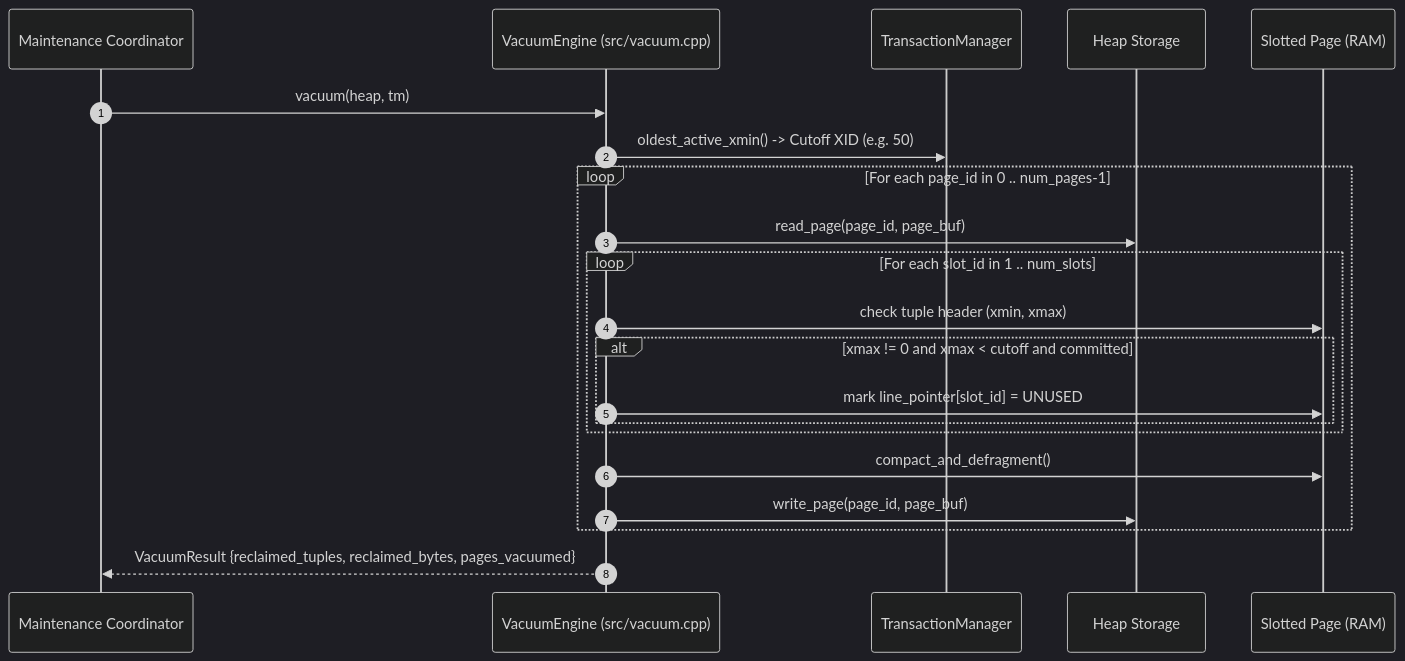
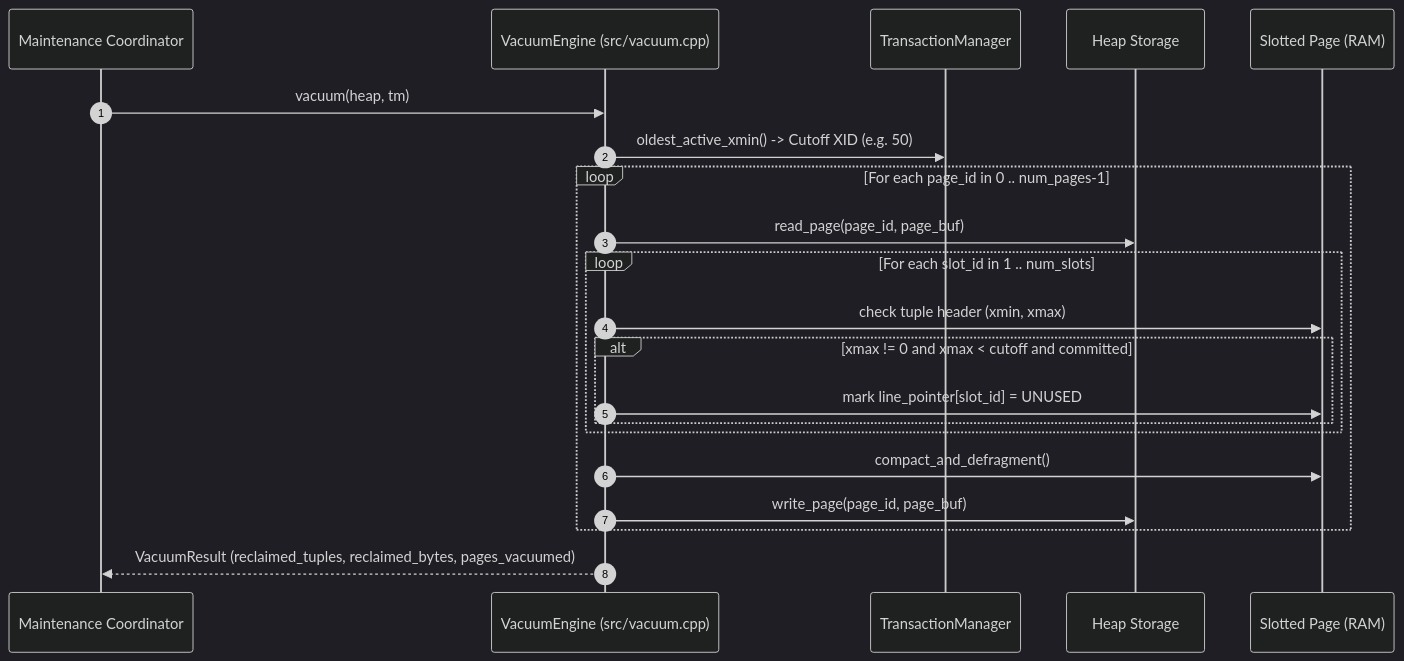
The second of 2 diagrams in notes/atlas/05-vacuum-engine.md (Nimastic/cpp-postgres), drawn with Mermaid (dark theme) before and after one commit. The commit also changed other lines of this file and 16 other files, not shown here.

First line of the commit message:
fix(atlas): resolve all Mermaid diagram and LaTeX syntax parsing errors

````diff
--- a/notes/atlas/05-vacuum-engine.md
+++ b/notes/atlas/05-vacuum-engine.md
@@ -36,24 +36,24 @@
 ```mermaid
 sequenceDiagram
     autonumber
     participant Admin as Maintenance Coordinator
     participant Vac as VacuumEngine (src/vacuum.cpp)
     participant TM as TransactionManager
     participant Heap as Heap Storage
     participant Page as Slotted Page (RAM)
 
     Admin->>Vac: vacuum(heap, tm)
     Vac->>TM: oldest_active_xmin() -> Cutoff XID (e.g. 50)
     loop For each page_id in 0 .. num_pages-1
         Vac->>Heap: read_page(page_id, page_buf)
         loop For each slot_id in 1 .. num_slots
             Vac->>Page: check tuple header (xmin, xmax)
             alt xmax != 0 and xmax < cutoff and committed
                 Vac->>Page: mark line_pointer[slot_id] = UNUSED
             end
         end
         Vac->>Page: compact_and_defragment()
         Vac->>Heap: write_page(page_id, page_buf)
     end
-    Vac-->>Admin: VacuumResult {reclaimed_tuples, reclaimed_bytes, pages_vacuumed}
+    Vac-->>Admin: VacuumResult (reclaimed_tuples, reclaimed_bytes, pages_vacuumed)
 ```
````
